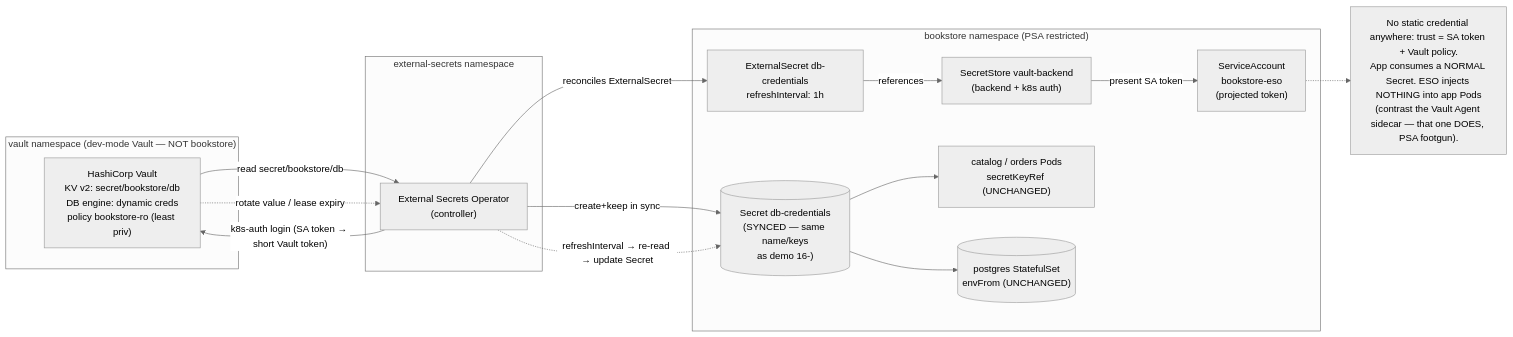
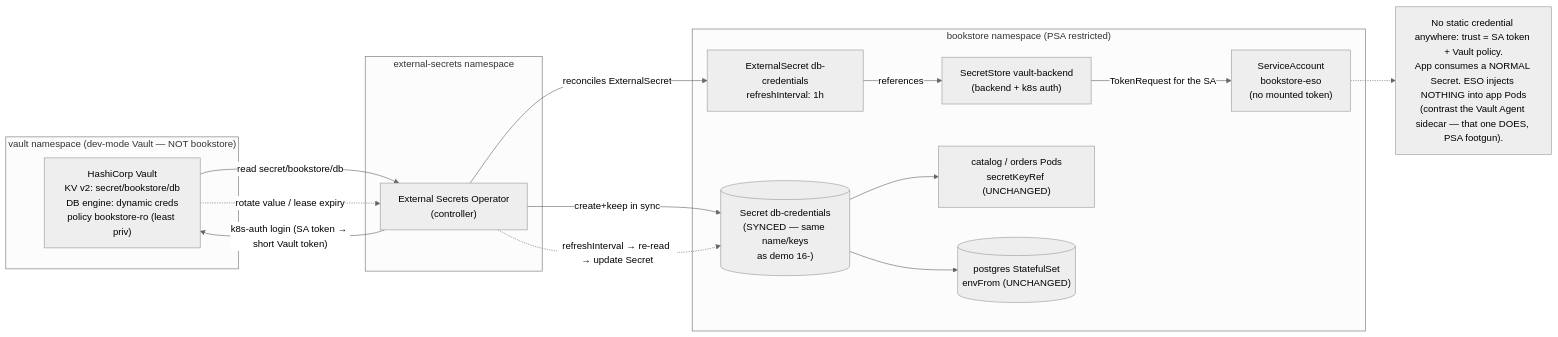
One commit to abd-ulbasit/bookstore-kubernetes-guide changed the diagram in full-guide/11-advanced-production-patterns/05-secrets-at-scale.md. Above: the diagram before and after it, drawn with Mermaid (neutral theme). The commit also changed other lines of this file and 11 other files, not shown here.

````diff
--- a/full-guide/11-advanced-production-patterns/05-secrets-at-scale.md
+++ b/full-guide/11-advanced-production-patterns/05-secrets-at-scale.md
@@ -104,30 +121,30 @@
 ```mermaid
 flowchart LR
     subgraph vaultns["vault namespace (dev-mode Vault — NOT bookstore)"]
       vault["HashiCorp Vault<br/>KV v2: secret/bookstore/db<br/>DB engine: dynamic creds<br/>policy bookstore-ro (least priv)"]
     end
     subgraph esons["external-secrets namespace"]
       eso["External Secrets Operator<br/>(controller)"]
     end
     subgraph bs["bookstore namespace (PSA restricted)"]
-      sa["ServiceAccount<br/>bookstore-eso<br/>(projected token)"]
+      sa["ServiceAccount<br/>bookstore-eso<br/>(no mounted token)"]
       ss["SecretStore vault-backend<br/>(backend + k8s auth)"]
       es["ExternalSecret db-credentials<br/>refreshInterval: 1h"]
       sec[("Secret db-credentials<br/>(SYNCED — same name/keys<br/>as demo 16-)")]
       cat["catalog / orders Pods<br/>secretKeyRef (UNCHANGED)"]
       pg[("postgres StatefulSet<br/>envFrom (UNCHANGED)")]
     end
 
     es -->|references| ss
-    ss -->|"present SA token"| sa
+    ss -->|"TokenRequest for the SA"| sa
     eso -->|"reconciles ExternalSecret"| es
     eso -->|"k8s-auth login (SA token → short Vault token)"| vault
     vault -->|"read secret/bookstore/db"| eso
     eso -->|"create+keep in sync"| sec
     sec --> cat
     sec --> pg
     vault -. "rotate value / lease expiry" .-> eso
     eso -. "refreshInterval → re-read → update Secret" .-> sec
     note["No static credential anywhere: trust = SA token + Vault policy.<br/>App consumes a NORMAL Secret. ESO injects NOTHING into app Pods<br/>(contrast the Vault Agent sidecar — that one DOES, PSA footgun)."]
     sa -.-> note
 ```
````
